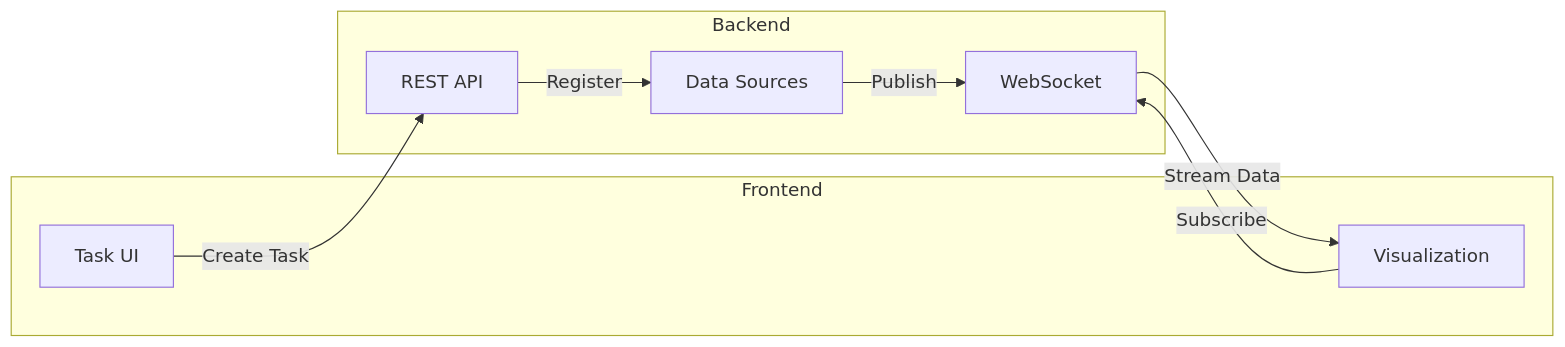
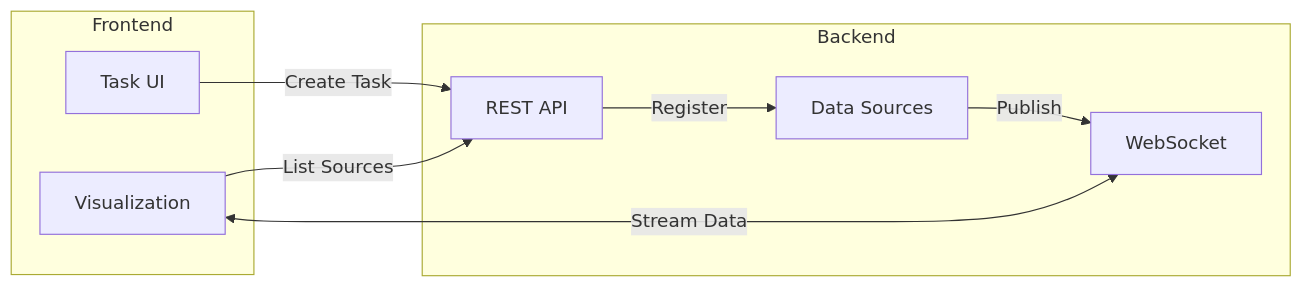
The diagram in README.md (tccoult/sdr-cockpit), drawn with Mermaid before and after one commit.

Commit message:
Fix diagram to show REST source discovery
Source listing is done via REST API, not WebSocket subscription.

````diff
--- a/README.md
+++ b/README.md
@@ -33,19 +33,19 @@
 ```mermaid
 flowchart LR
     subgraph Frontend
         UI[Task UI]
         Viz[Visualization]
     end
 
     subgraph Backend
         API[REST API]
         Sources[Data Sources]
         WS[WebSocket]
     end
 
     UI -->|"Create Task"| API
     API -->|"Register"| Sources
-    Viz -->|"Subscribe"| WS
+    Viz -->|"List Sources"| API
+    Viz <-->|"Stream Data"| WS
     Sources -->|"Publish"| WS
-    WS -->|"Stream Data"| Viz
 ```
````
